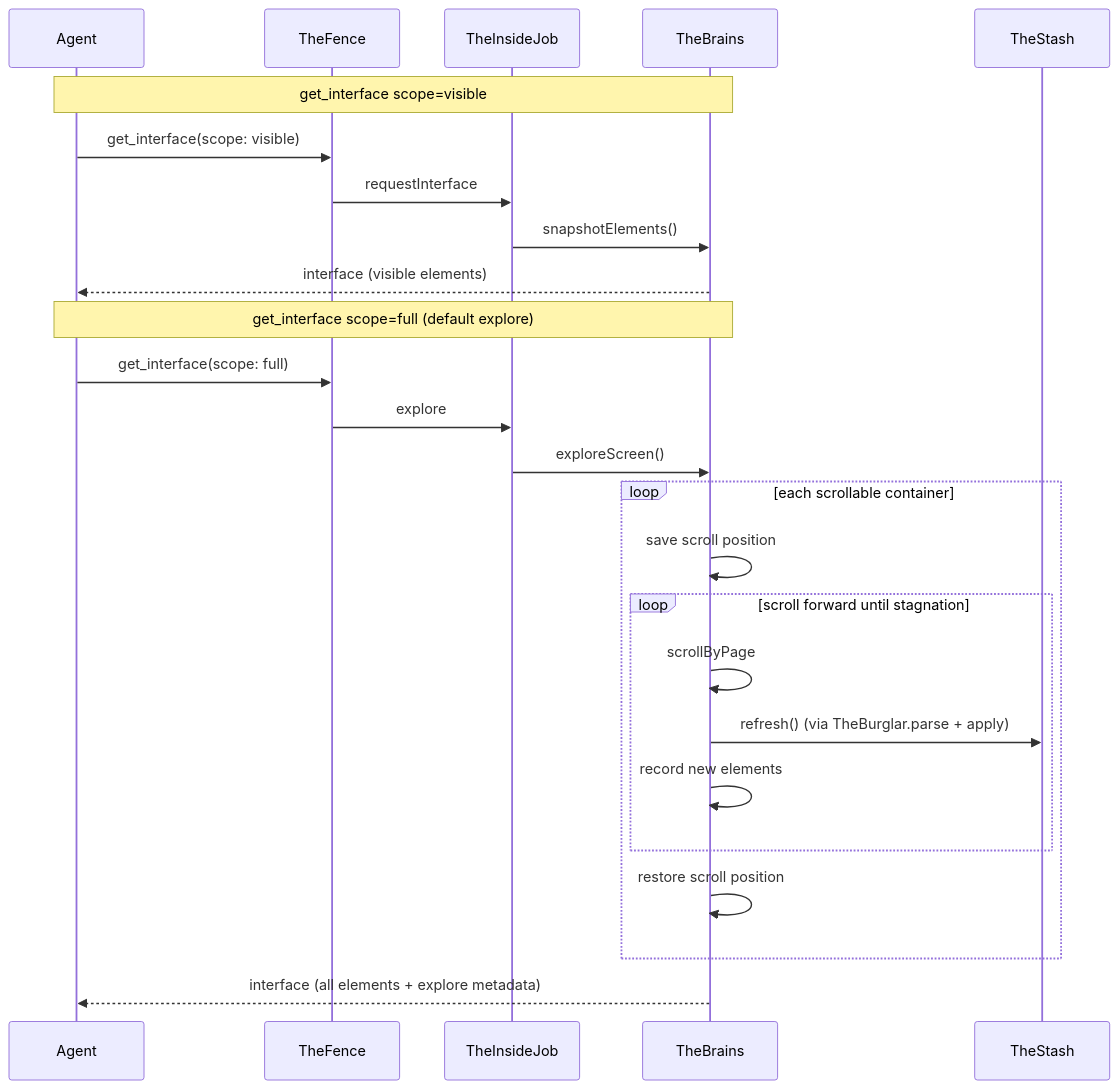
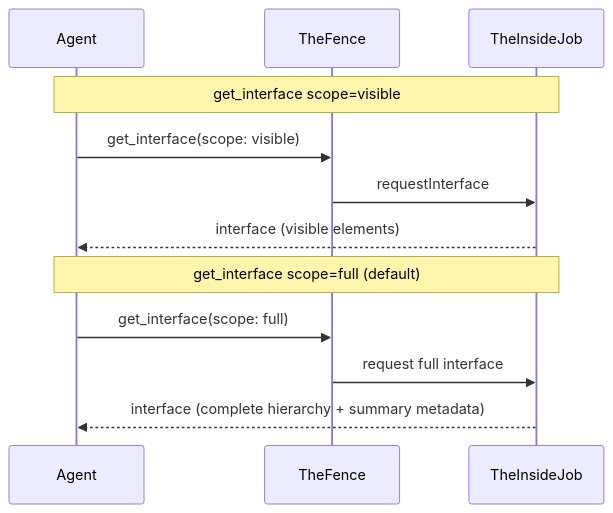
Before and after one commit to RoyalPineapple/TheButtonHeist: the second of 5 diagrams in docs/WIRE-PROTOCOL.md, drawn with Mermaid. The commit also changed other lines of this file and 10 other files, not shown here.

````diff
--- a/docs/WIRE-PROTOCOL.md
+++ b/docs/WIRE-PROTOCOL.md
@@ -905,30 +905,16 @@
 ```mermaid
 sequenceDiagram
     participant Agent
     participant TheFence
     participant TheInsideJob
-    participant TheBrains
 
-    Note over Agent,TheBrains: get_interface scope=visible
+    Note over Agent,TheInsideJob: get_interface scope=visible
     Agent->>TheFence: get_interface(scope: visible)
     TheFence->>TheInsideJob: requestInterface
-    TheInsideJob->>TheBrains: snapshotElements()
-    TheBrains-->>Agent: interface (visible elements)
+    TheInsideJob-->>Agent: interface (visible elements)
 
-    Note over Agent,TheBrains: get_interface scope=full (default explore)
+    Note over Agent,TheInsideJob: get_interface scope=full (default)
     Agent->>TheFence: get_interface(scope: full)
-    TheFence->>TheInsideJob: explore
-    TheInsideJob->>TheBrains: exploreScreen()
-
-    loop each scrollable container
-        TheBrains->>TheBrains: save scroll position
-        loop scroll forward until stagnation
-            TheBrains->>TheBrains: scrollByPage
-            TheBrains->>TheStash: refresh() (via TheBurglar.parse + apply)
-            TheBrains->>TheBrains: record new elements
-        end
-        TheBrains->>TheBrains: restore scroll position
-    end
-
-    TheBrains-->>Agent: interface (all elements + explore metadata)
+    TheFence->>TheInsideJob: request full interface
+    TheInsideJob-->>Agent: interface (complete hierarchy + summary metadata)
 ```
````
